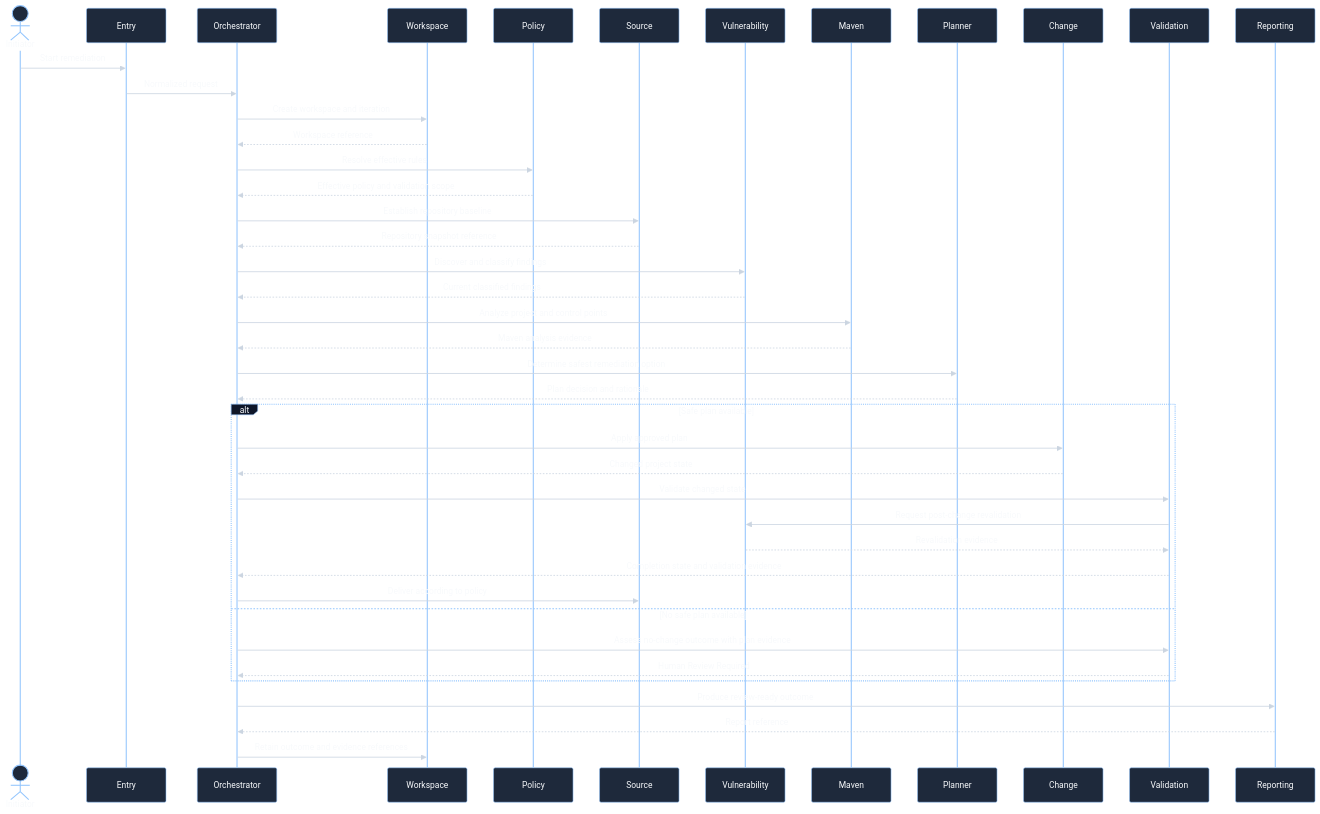
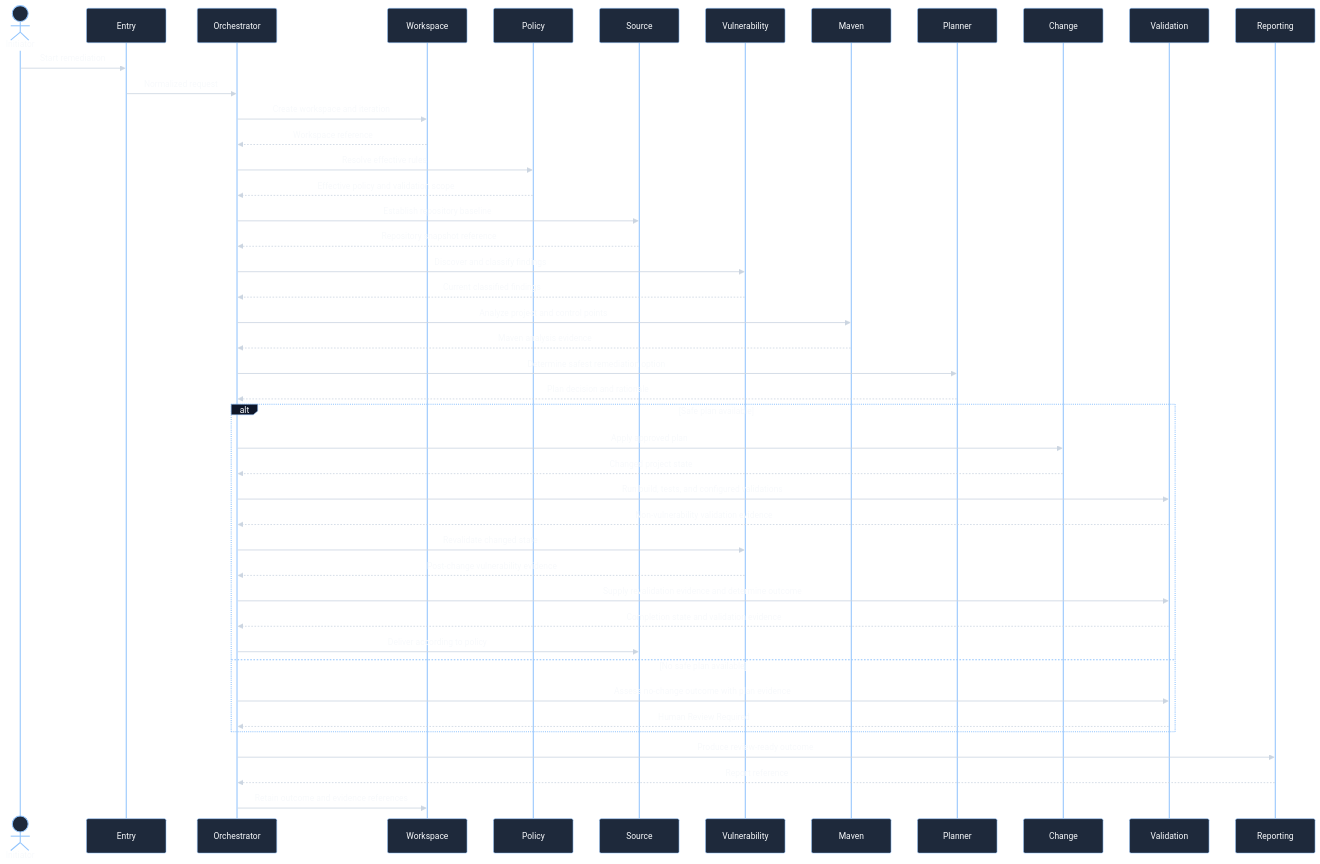
Before and after one commit to AILearner365/oss-remediation-adk: the fifth of 8 diagrams in docs/04-system-architecture.md, drawn with Mermaid. The commit also changed other lines of this file, not shown here.

Commit message:
docs: route vulnerability revalidation through orchestrator

````diff
--- a/docs/04-system-architecture.md
+++ b/docs/04-system-architecture.md
@@ -277,48 +278,50 @@
 ```mermaid
 %%{init: {"theme":"base","themeVariables":{"background":"#0b1220","primaryColor":"#1e293b","primaryTextColor":"#f8fafc","primaryBorderColor":"#93c5fd","lineColor":"#cbd5e1","textColor":"#f8fafc","actorBkg":"#1e293b","actorBorder":"#93c5fd","actorTextColor":"#f8fafc","signalColor":"#cbd5e1","signalTextColor":"#f8fafc","labelBoxBkgColor":"#0f172a","labelTextColor":"#f8fafc","noteBkgColor":"#312e81","noteTextColor":"#f8fafc","activationBkgColor":"#243447","activationBorderColor":"#a7f3d0"}}}%%
 sequenceDiagram
     actor Initiator
     participant Entry
     participant Orchestrator
     participant Workspace
     participant Policy
     participant Source
     participant Vulnerability
     participant Maven
     participant Planner
     participant Change
     participant Validation
     participant Reporting
 
     Initiator->>Entry: Start remediation
     Entry->>Orchestrator: Normalized request
     Orchestrator->>Workspace: Create workspace and iteration
     Workspace-->>Orchestrator: Workspace reference
     Orchestrator->>Policy: Resolve effective rules
     Policy-->>Orchestrator: Effective policy and validation scope
     Orchestrator->>Source: Establish repository baseline
     Source-->>Orchestrator: Repository snapshot reference
     Orchestrator->>Vulnerability: Discover and classify findings
     Vulnerability-->>Orchestrator: Current classified findings
     Orchestrator->>Maven: Analyze project and control points
     Maven-->>Orchestrator: Maven analysis evidence
     Orchestrator->>Planner: Determine safest remediation option
     Planner-->>Orchestrator: Plan decision and rationale
 
     alt Safe plan available
         Orchestrator->>Change: Apply approved plan
         Change-->>Orchestrator: Changed project state
-        Orchestrator->>Validation: Validate changed state
-        Validation->>Vulnerability: Request post-change revalidation
-        Vulnerability-->>Validation: Revalidation evidence
+        Orchestrator->>Validation: Run build, tests, and configured validations
+        Validation-->>Orchestrator: Non-vulnerability validation evidence
+        Orchestrator->>Vulnerability: Revalidate changed state
+        Vulnerability-->>Orchestrator: Post-change vulnerability evidence
+        Orchestrator->>Validation: Supply revalidation evidence and determine outcome
         Validation-->>Orchestrator: Completion state and validation evidence
         Orchestrator->>Source: Deliver according to policy
     else No safe plan available
         Orchestrator->>Validation: Assess no-change outcome with plan evidence
         Validation-->>Orchestrator: Human Review Required
     end
 
     Orchestrator->>Reporting: Produce review-ready outcome
     Reporting-->>Orchestrator: Report reference
     Orchestrator->>Workspace: Retain outcome and evidence references
 ```
````
